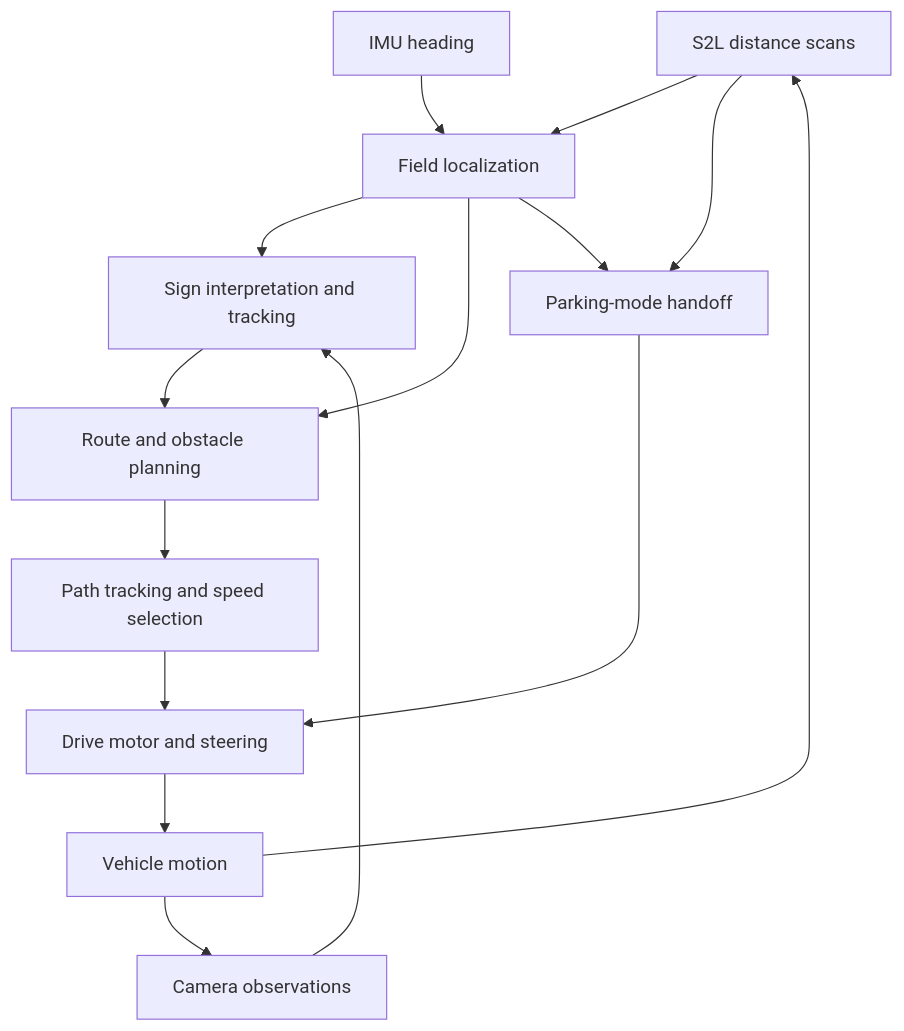
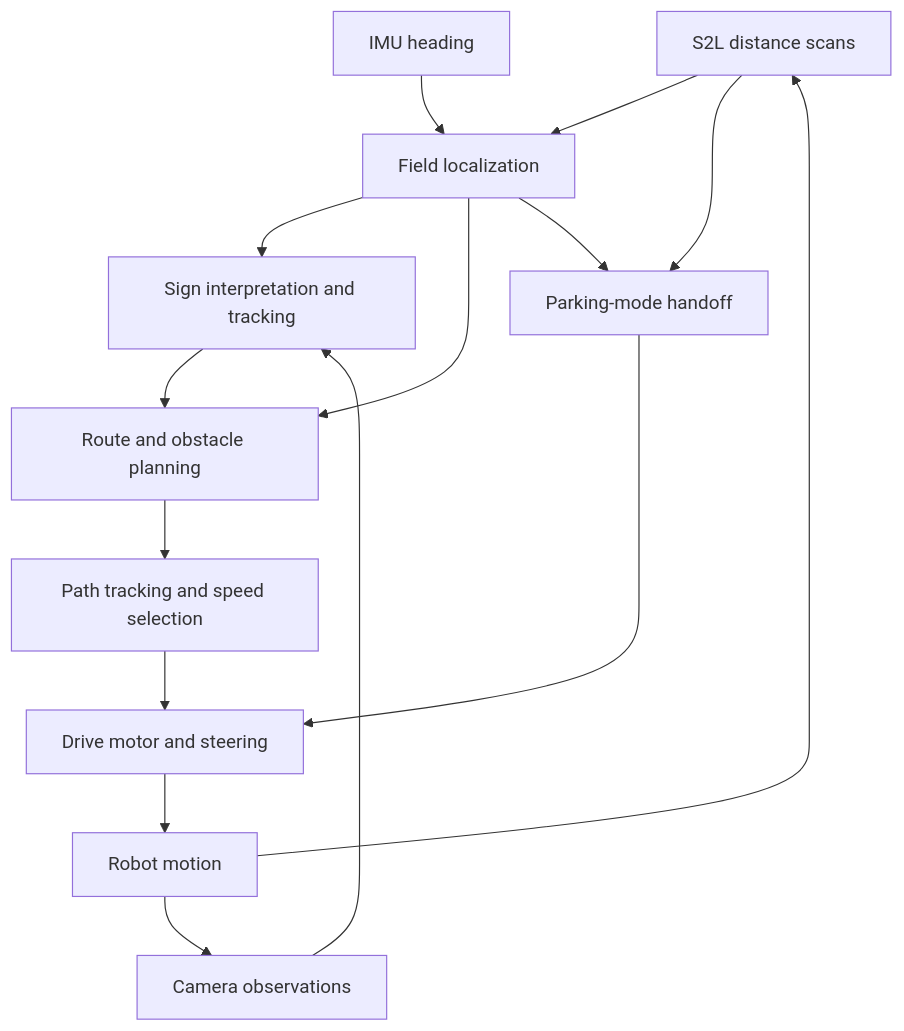
The diagram in engineering_journal/0-overview.md (chankrrn/WRO-FE-YBR-SUNFLOWER), drawn with Mermaid before and after one commit. The commit also changed other lines of this file and 7 other files, not shown here.

````diff
--- a/engineering_journal/0-overview.md
+++ b/engineering_journal/0-overview.md
@@ -94,17 +94,17 @@
 ```mermaid
 flowchart TD
     L["S2L distance scans"] --> N["Field localization"]
     I["IMU heading"] --> N
     C["Camera observations"] --> V["Sign interpretation and tracking"]
     N --> V
     N --> P["Route and obstacle planning"]
     V --> P
     P --> T["Path tracking and speed selection"]
     T --> A["Drive motor and steering"]
-    A --> M["Vehicle motion"]
+    A --> M["Robot motion"]
     M --> L
     M --> C
     N --> K["Parking-mode handoff"]
     L --> K
     K --> A
 ```
````
